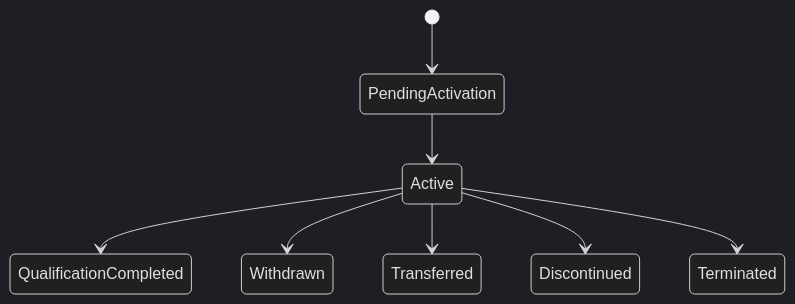
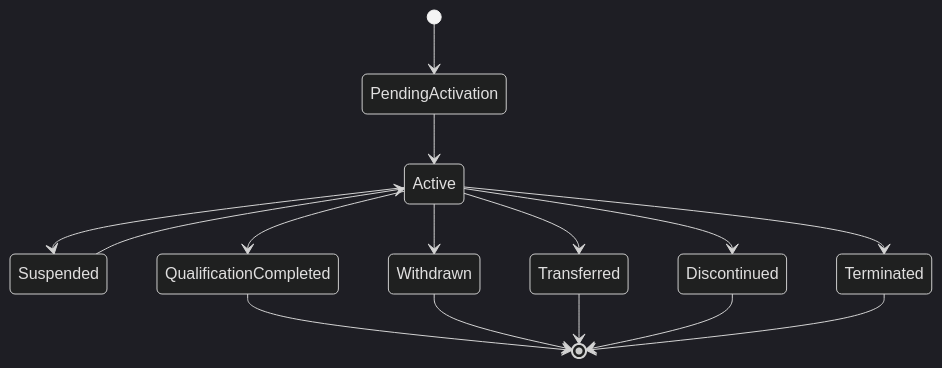
Diagram 26 of 42 in architecture/L1_Business_Domain_Architecture/SutraERP_L1_Business_Domain_Architecture_Locked.md (Varad1604/ERP_hark), drawn with Mermaid (dark theme) before and after one commit. The commit also changed other lines of this file and 2 other files, not shown here.

````diff
--- a/architecture/L1_Business_Domain_Architecture/SutraERP_L1_Business_Domain_Architecture_Locked.md
+++ b/architecture/L1_Business_Domain_Architecture/SutraERP_L1_Business_Domain_Architecture_Locked.md
@@ -1840,17 +1873,31 @@
 ```mermaid
 stateDiagram-v2
 
 [*] --> PendingActivation
 
 PendingActivation --> Active
+
+Active --> Suspended
+
+Suspended --> Active
 
 Active --> QualificationCompleted
 
 Active --> Withdrawn
 
 Active --> Transferred
 
 Active --> Discontinued
 
 Active --> Terminated
+
+QualificationCompleted --> [*]
+
+Withdrawn --> [*]
+
+Transferred --> [*]
+
+Discontinued --> [*]
+
+Terminated --> [*]
 ```
````
